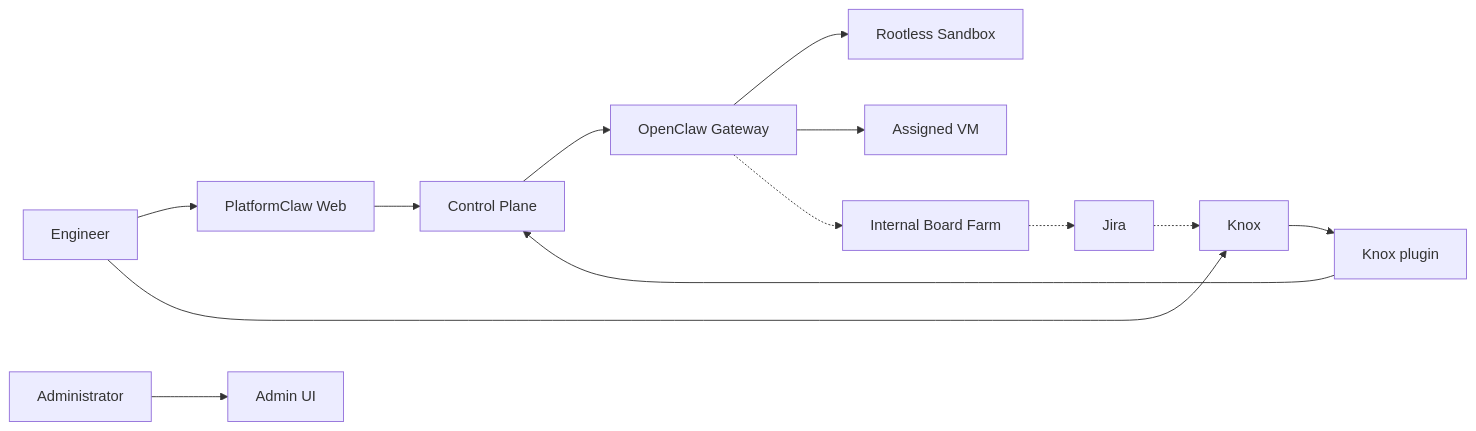
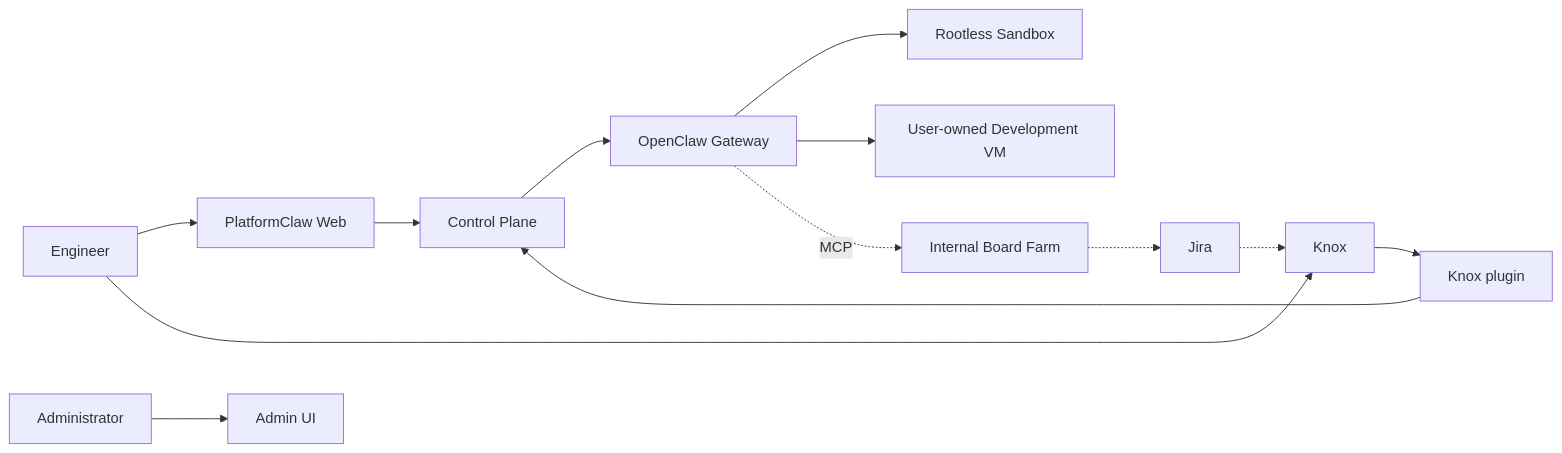
The first of 16 diagrams in ARCHITECTURE.md (devSejung/platformclaw), drawn with Mermaid before and after one commit. The commit also changed other lines of this file and 32 other files, not shown here.

````diff
--- a/ARCHITECTURE.md
+++ b/ARCHITECTURE.md
@@ -7,14 +7,14 @@
 ```mermaid
 flowchart LR
   U["Engineer"] --> W["PlatformClaw Web"]
   U --> K["Knox"]
   A["Administrator"] --> AU["Admin UI"]
   W --> C["Control Plane"]
   K --> X["Knox plugin"] --> C
   C --> G["OpenClaw Gateway"]
   G --> S["Rootless Sandbox"]
-  G --> V["Assigned VM"]
-  G -.-> B["Internal Board Farm"]
+  G --> V["User-owned Development VM"]
+  G -. MCP .-> B["Internal Board Farm"]
   B -.-> J["Jira"]
   J -.-> K
 ```
````
